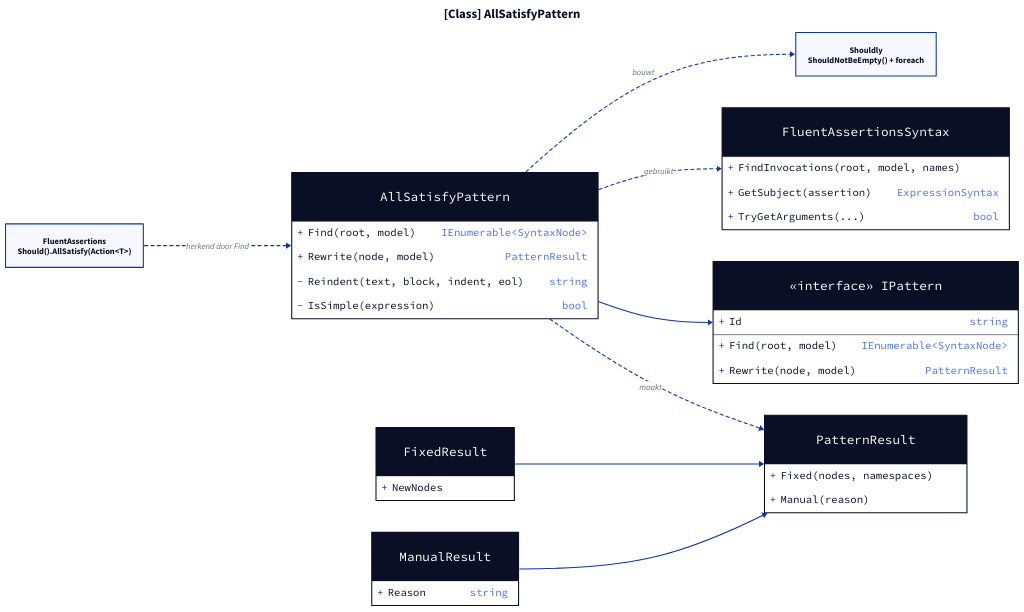
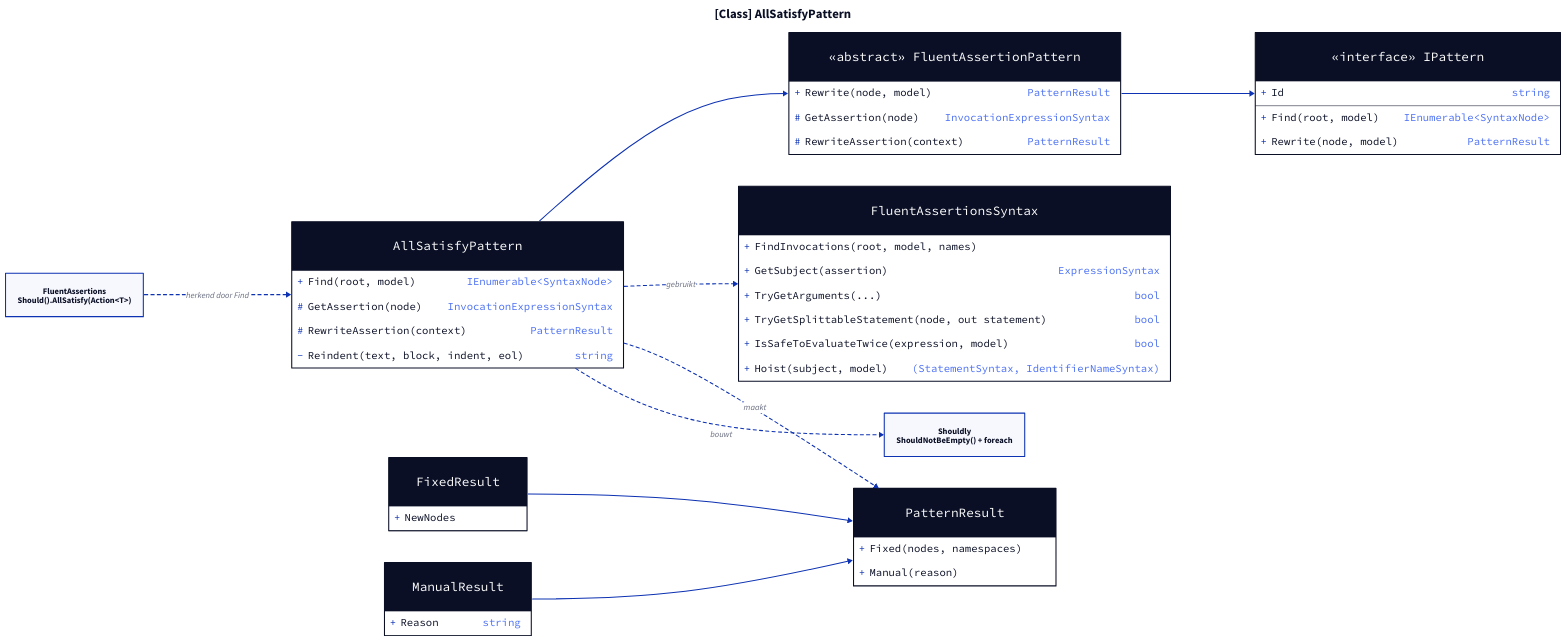
Before and after one commit to ATkingma/unshackle: the diagram in docs/projectinfo/patterns/img/fa-all-satisfy-modellen-1.d2, drawn with D2. The commit also changed 462 other files, not shown here.

```diff
--- a/docs/projectinfo/patterns/img/fa-all-satisfy-modellen-1.d2
+++ b/docs/projectinfo/patterns/img/fa-all-satisfy-modellen-1.d2
@@ -1,37 +1,47 @@
 title: "[Class] AllSatisfyPattern" {shape: text; near: top-center; style: {font-size: 24; bold: true}}
 direction: right
 ipattern: "«interface» IPattern" {
   shape: class
   "+Id": string
   "+Find(root, model)": "IEnumerable<SyntaxNode>"
   "+Rewrite(node, model)": PatternResult
 }
+base: "«abstract» FluentAssertionPattern" {
+  shape: class
+  "+Rewrite(node, model)": PatternResult
+  "#GetAssertion(node)": InvocationExpressionSyntax
+  "#RewriteAssertion(context)": PatternResult
+}
 pattern: AllSatisfyPattern {
   shape: class
   "+Find(root, model)": "IEnumerable<SyntaxNode>"
-  "+Rewrite(node, model)": PatternResult
+  "#GetAssertion(node)": InvocationExpressionSyntax
+  "#RewriteAssertion(context)": PatternResult
   "-Reindent(text, block, indent, eol)": string
-  "-IsSimple(expression)": bool
 }
 syntax: FluentAssertionsSyntax {
   shape: class
   "+FindInvocations(root, model, names)": ""
   "+GetSubject(assertion)": ExpressionSyntax
   "+TryGetArguments(...)": bool
+  "+TryGetSplittableStatement(node, out statement)": bool
+  "+IsSafeToEvaluateTwice(expression, model)": bool
+  "+Hoist(subject, model)": "(StatementSyntax, IdentifierNameSyntax)"
 }
 result: PatternResult {
   shape: class
   "+Fixed(nodes, namespaces)": ""
   "+Manual(reason)": ""
 }
 fixed: FixedResult {shape: class; "+NewNodes": ""}
 manual: ManualResult {shape: class; "+Reason": string}
 fa: "FluentAssertions\nShould().AllSatisfy(Action<T>)"
 sh: "Shouldly\nShouldNotBeEmpty() + foreach"
-pattern -> ipattern: {style.stroke-dash: 0; target-arrowhead.shape: triangle}
+pattern -> base: {style.stroke-dash: 0; target-arrowhead.shape: triangle}
+base -> ipattern: {style.stroke-dash: 0; target-arrowhead.shape: triangle}
 pattern -> syntax: gebruikt {style.stroke-dash: 3}
 pattern -> result: maakt {style.stroke-dash: 3}
 fixed -> result: {target-arrowhead.shape: triangle}
 manual -> result: {target-arrowhead.shape: triangle}
 fa -> pattern: herkend door Find {style.stroke-dash: 3}
 pattern -> sh: bouwt {style.stroke-dash: 3}
```
